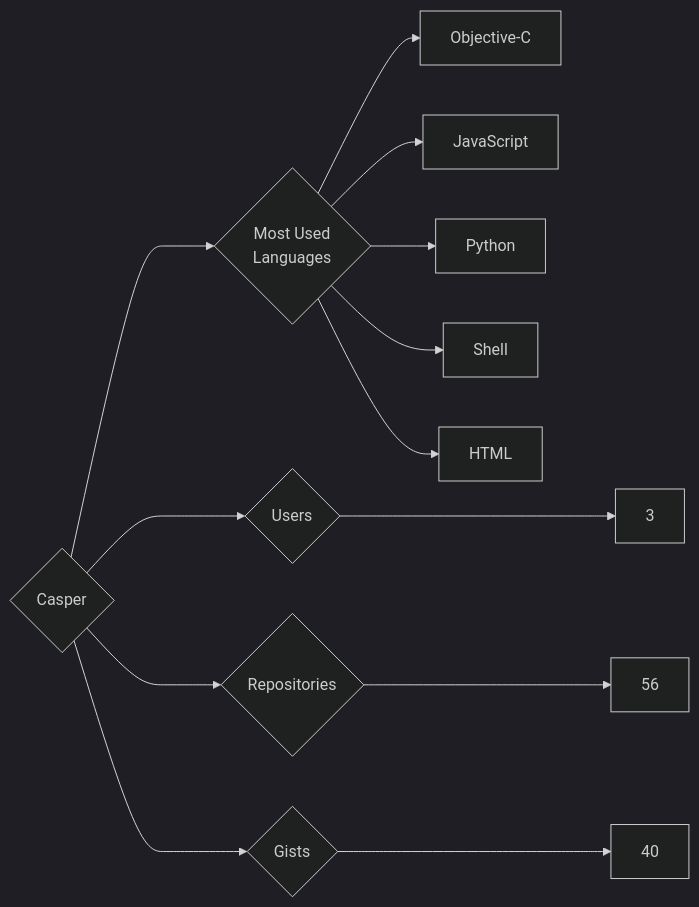
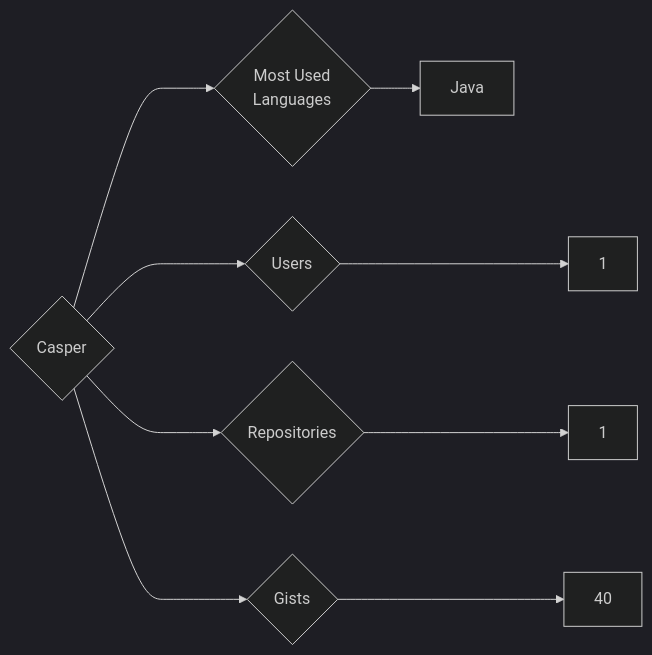
Before and after one commit to trickest/insiders: the diagram in targets/Casper/README.md, drawn with Mermaid (dark theme). The commit also changed 1003 other files, not shown here.

````diff
--- a/targets/Casper/README.md
+++ b/targets/Casper/README.md
@@ -3,13 +3,9 @@
 ```mermaid
 graph LR
 COMPANY_NAME{Casper}
-COMPANY_NAME ---> U{Users} ---> UN[3]
-COMPANY_NAME ---> R{Repositories} ---> RN[56]
+COMPANY_NAME ---> U{Users} ---> UN[1]
+COMPANY_NAME ---> R{Repositories} ---> RN[1]
 COMPANY_NAME ---> G{Gists} ---> GN[40]
 COMPANY_NAME ---> ML{Most Used<br>Languages}
-ML --> Objective-C[Objective-C]
-ML --> JavaScript[JavaScript]
-ML --> Python[Python]
-ML --> Shell[Shell]
-ML --> HTML[HTML]
+ML --> Java[Java]
 ```
````
